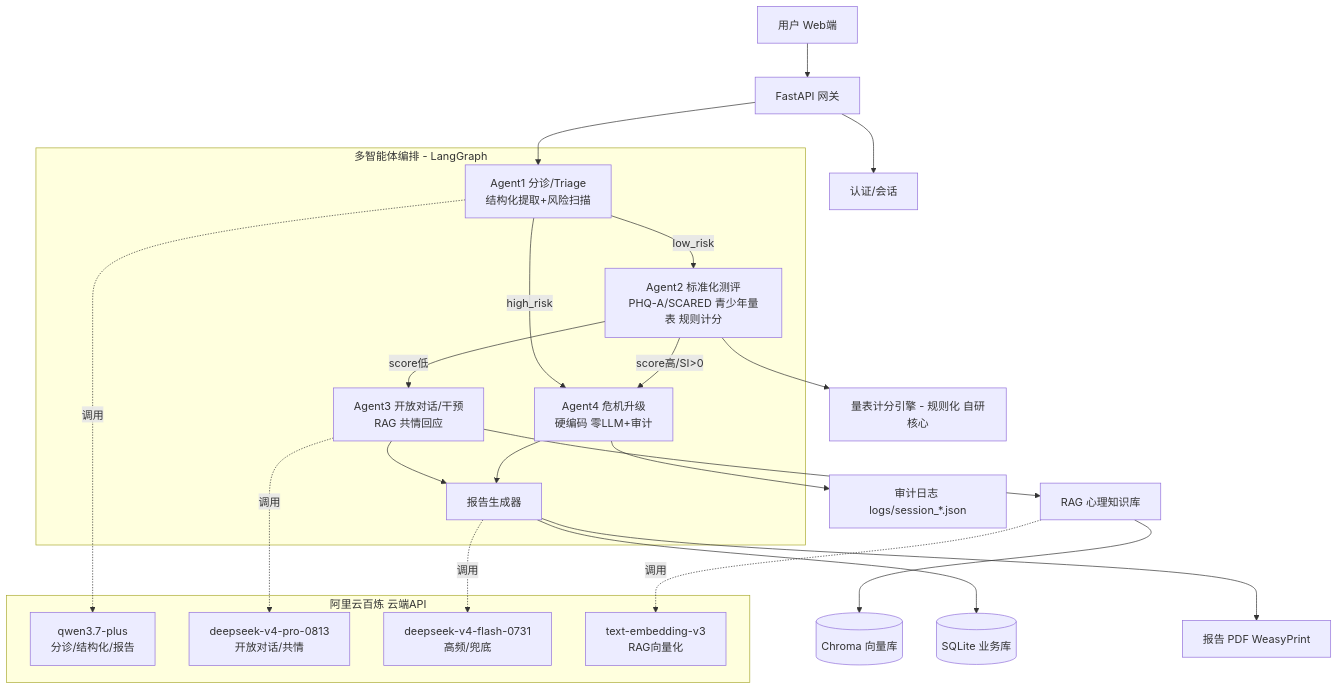
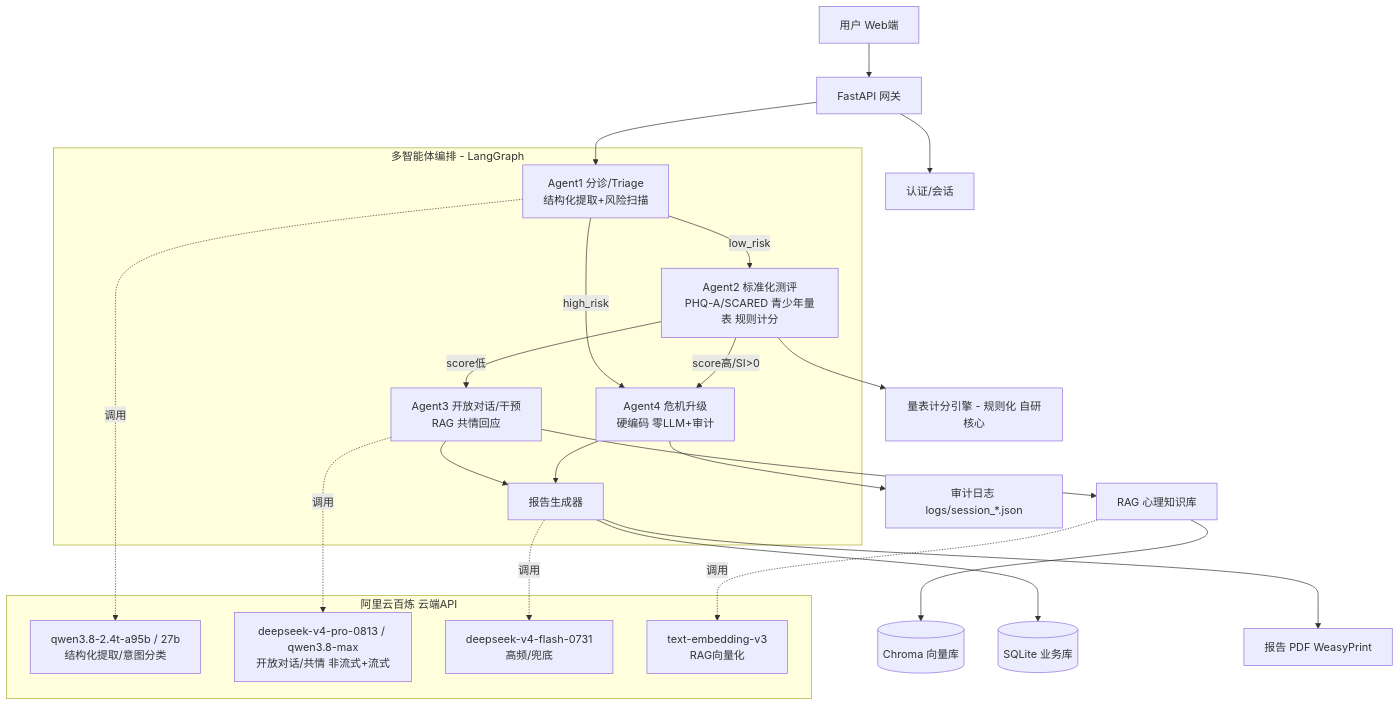
Before and after one commit to Gunaie/PsycheFlow: the diagram in 开发计划.md, drawn with Mermaid. The commit also changed other lines of this file and 2 other files, not shown here.

````diff
--- a/开发计划.md
+++ b/开发计划.md
@@ -72,38 +72,38 @@
 ```mermaid
 flowchart TD
     U[用户 Web端] --> API[FastAPI 网关]
     API --> AUTH[认证/会话]
 
     subgraph AgentLayer[多智能体编排 - LangGraph]
         A1[Agent1 分诊/Triage<br/>结构化提取+风险扫描]
         A2[Agent2 标准化测评<br/>PHQ-A/SCARED 青少年量表 规则计分]
         A3[Agent3 开放对话/干预<br/>RAG 共情回应]
         A4[Agent4 危机升级<br/>硬编码 零LLM+审计]
         A1 -->|low_risk| A2
         A1 -->|high_risk| A4
         A2 -->|score低| A3
         A2 -->|score高/SI>0| A4
         A3 --> R[报告生成器]
         A4 --> R
     end
 
     API --> A1
     A2 --> SC[量表计分引擎 - 规则化 自研核心]
     A3 --> RAG[RAG 心理知识库]
     RAG --> VDB[(Chroma 向量库)]
     R --> DB[(SQLite 业务库)]
     R --> PDF[报告 PDF WeasyPrint]
 
     A4 --> AUDIT[审计日志 logs/session_*.json]
 
     subgraph Bailian[阿里云百炼 云端API]
-        M1[qwen3.7-plus<br/>分诊/结构化/报告]
-        M2[deepseek-v4-pro-0813<br/>开放对话/共情]
+        M1[qwen3.8-2.4t-a95b / 27b<br/>结构化提取/意图分类]
+        M2[deepseek-v4-pro-0813 / qwen3.8-max<br/>开放对话/共情 非流式+流式]
         M3[deepseek-v4-flash-0731<br/>高频/兜底]
         M4[text-embedding-v3<br/>RAG向量化]
     end
     A1 -.调用.-> M1
     A3 -.调用.-> M2
     R -.调用.-> M3
     RAG -.调用.-> M4
 ```
````
